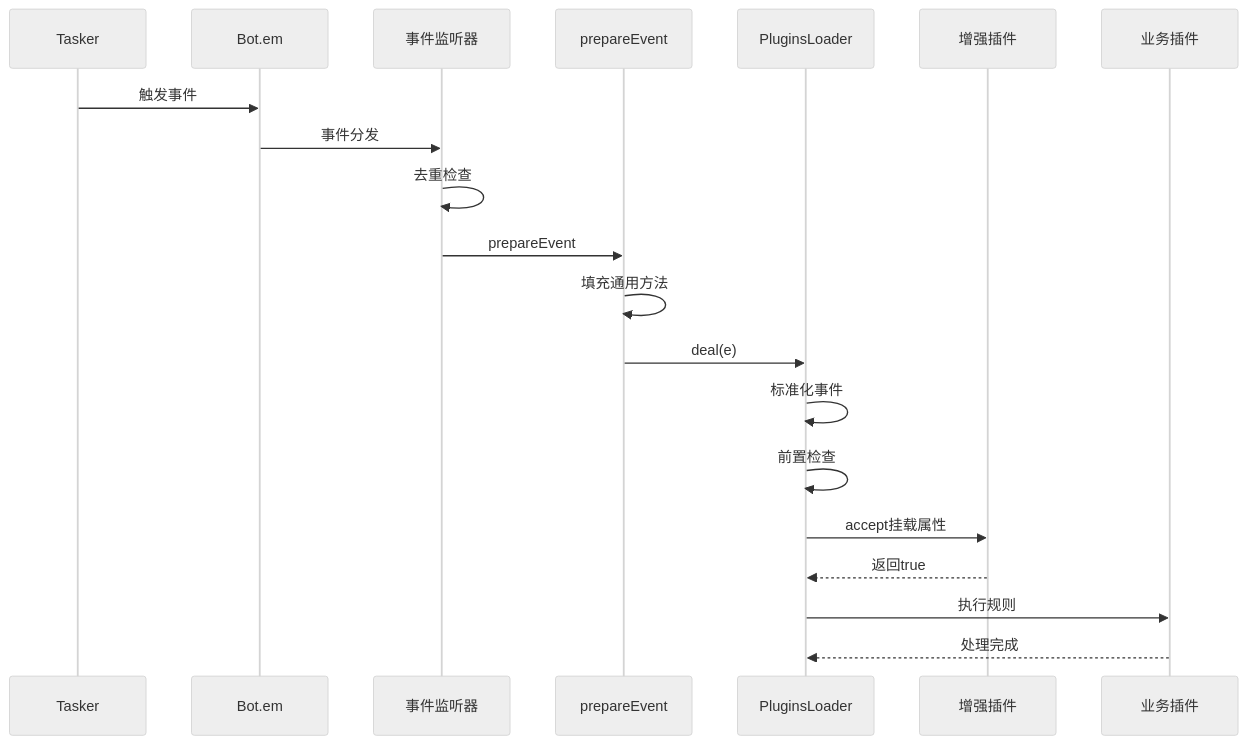
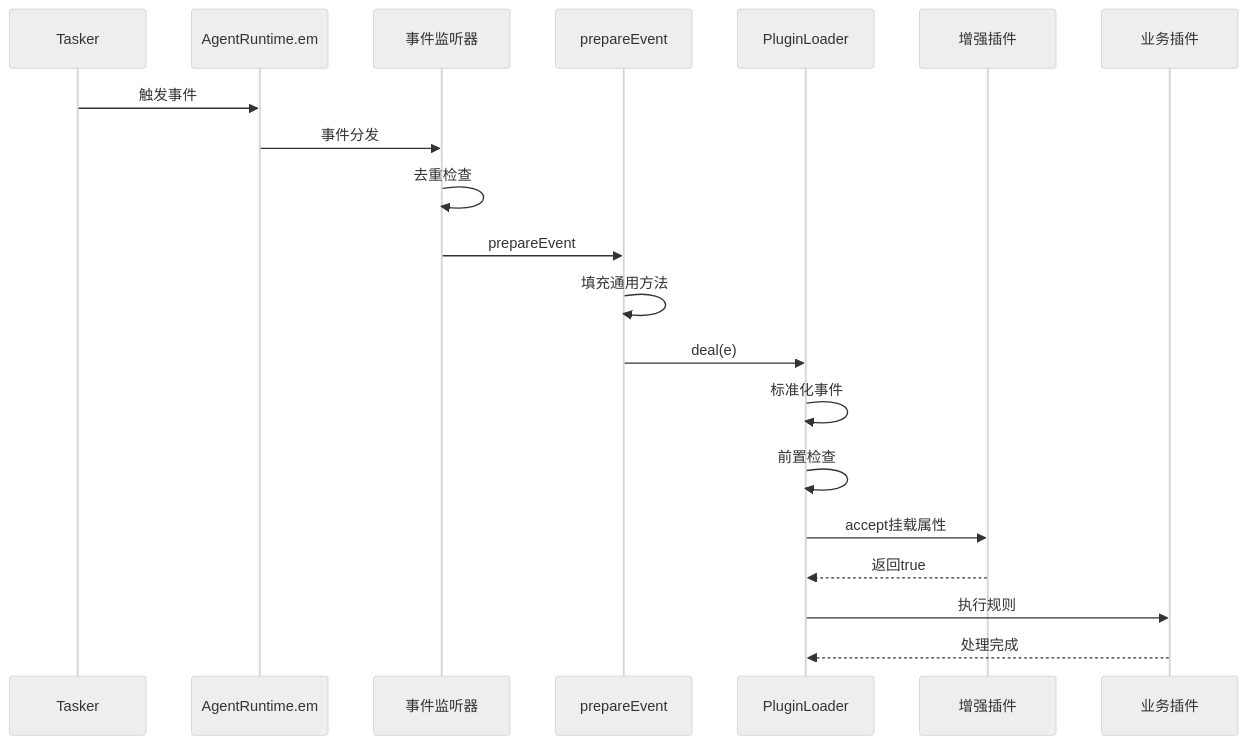
One commit to sunflowermm/XRK-AGT changed the third of 4 diagrams in docs/事件系统标准化文档.md. Above: the diagram before and after it, drawn with Mermaid (neutral theme). The commit also changed other lines of this file and 315 other files, not shown here.

````diff
--- a/docs/事件系统标准化文档.md
+++ b/docs/事件系统标准化文档.md
@@ -109,23 +109,23 @@
 ```mermaid
 sequenceDiagram
     participant Tasker as Tasker
-    participant Bot as Bot.em
+    participant AgentRuntime as AgentRuntime.em
     participant Listener as 事件监听器
     participant Prepare as prepareEvent
-    participant Loader as PluginsLoader
+    participant Loader as PluginLoader
     participant Enhancer as 增强插件
     participant Plugin as 业务插件
     
-    Tasker->>Bot: 触发事件
-    Bot->>Listener: 事件分发
+    Tasker->>AgentRuntime: 触发事件
+    AgentRuntime->>Listener: 事件分发
     Listener->>Listener: 去重检查
     Listener->>Prepare: prepareEvent
     Prepare->>Prepare: 填充通用方法
     Prepare->>Loader: deal(e)
     Loader->>Loader: 标准化事件
     Loader->>Loader: 前置检查
     Loader->>Enhancer: accept挂载属性
     Enhancer-->>Loader: 返回true
     Loader->>Plugin: 执行规则
     Plugin-->>Loader: 处理完成
 ```
````
